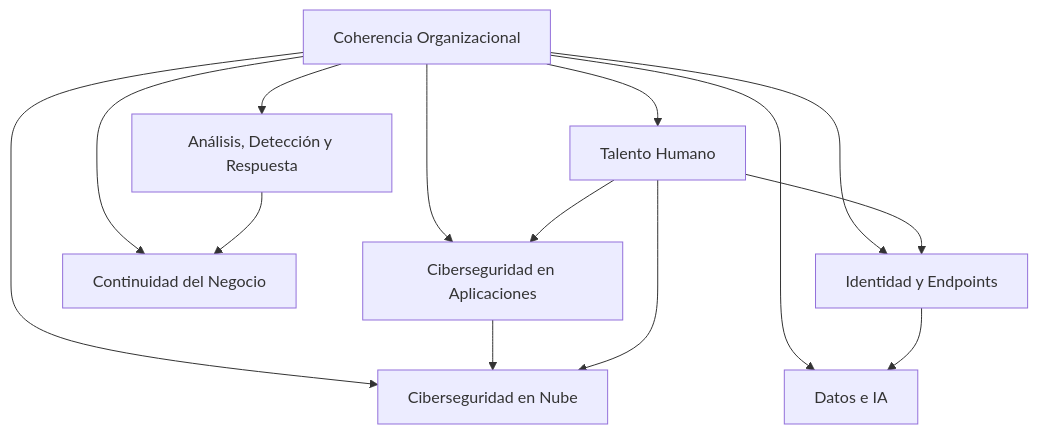
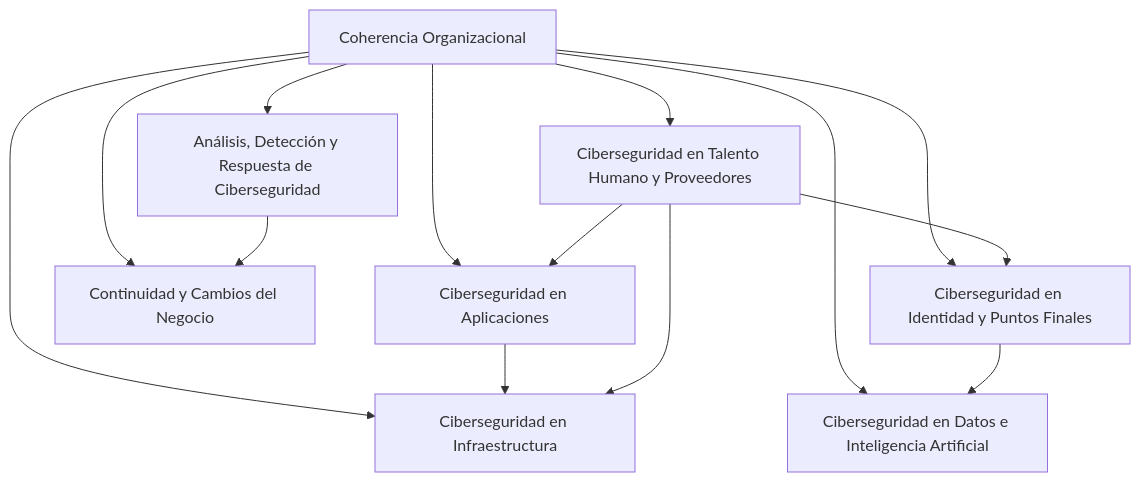
The diagram in content/docs/framework/OSCAL/catalog.mdx (PetterVargas/kudo), drawn with Mermaid before and after one commit. The commit also changed other lines of this file and 215 other files, not shown here.

````diff
--- a/content/docs/framework/OSCAL/catalog.mdx
+++ b/content/docs/framework/OSCAL/catalog.mdx
@@ -220,17 +220,17 @@
 ```mermaid
 graph TD
-    COR[Coherencia Organizacional] --> ADR[Análisis, Detección y Respuesta]
+    COR[Coherencia Organizacional] --> ADR[Análisis, Detección y Respuesta de Ciberseguridad]
     COR --> CAP[Ciberseguridad en Aplicaciones]
-    COR --> CCN[Continuidad del Negocio]
-    COR --> CNB[Ciberseguridad en Nube]
-    COR --> CIP[Identidad y Endpoints]
-    COR --> DIA[Datos e IA]
-    COR --> THP[Talento Humano]
-    
+    COR --> CCN[Continuidad y Cambios del Negocio]
+    COR --> CIF[Ciberseguridad en Infraestructura]
+    COR --> CIP[Ciberseguridad en Identidad y Puntos Finales]
+    COR --> DIA[Ciberseguridad en Datos e Inteligencia Artificial]
+    COR --> THP[Ciberseguridad en Talento Humano y Proveedores]
+
     ADR --> CCN
-    CAP --> CNB
+    CAP --> CIF
     CIP --> DIA
     THP --> CAP
-    THP --> CNB
+    THP --> CIF
     THP --> CIP
 ```
````
